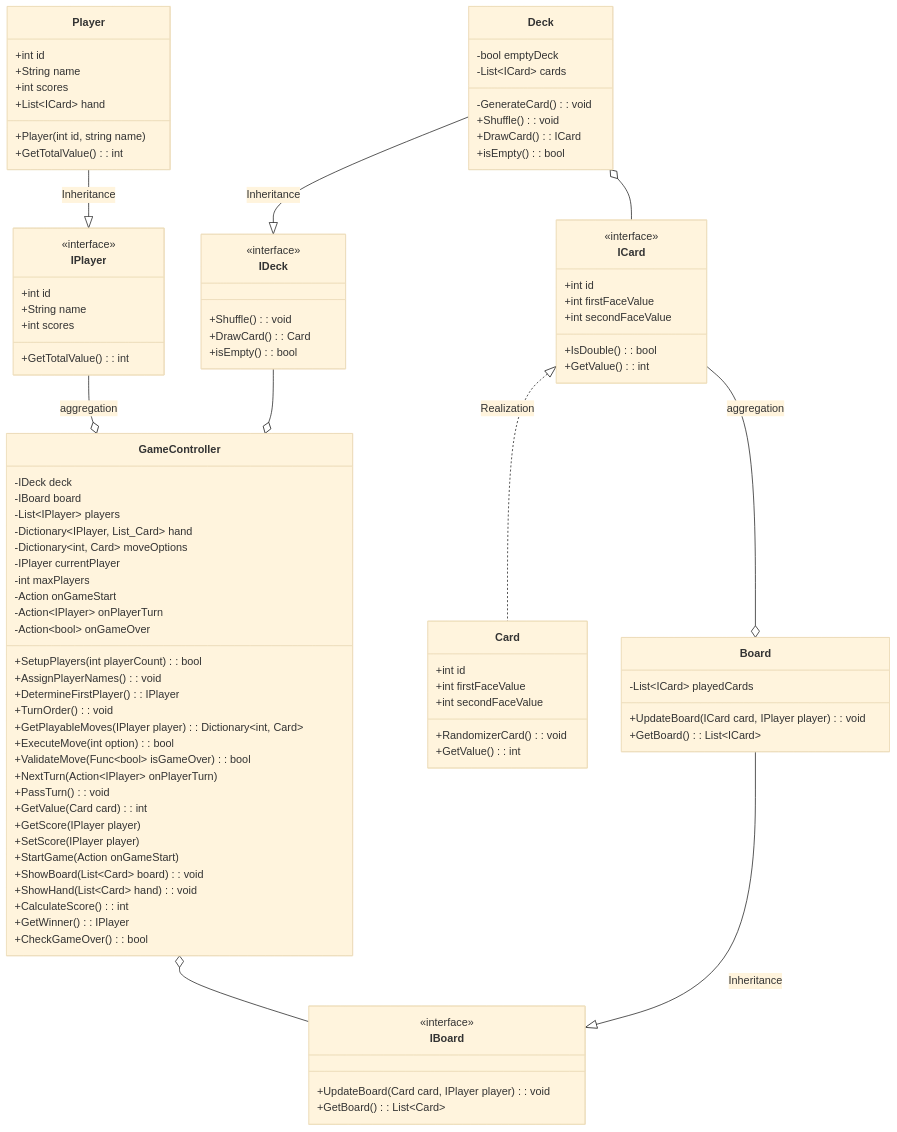
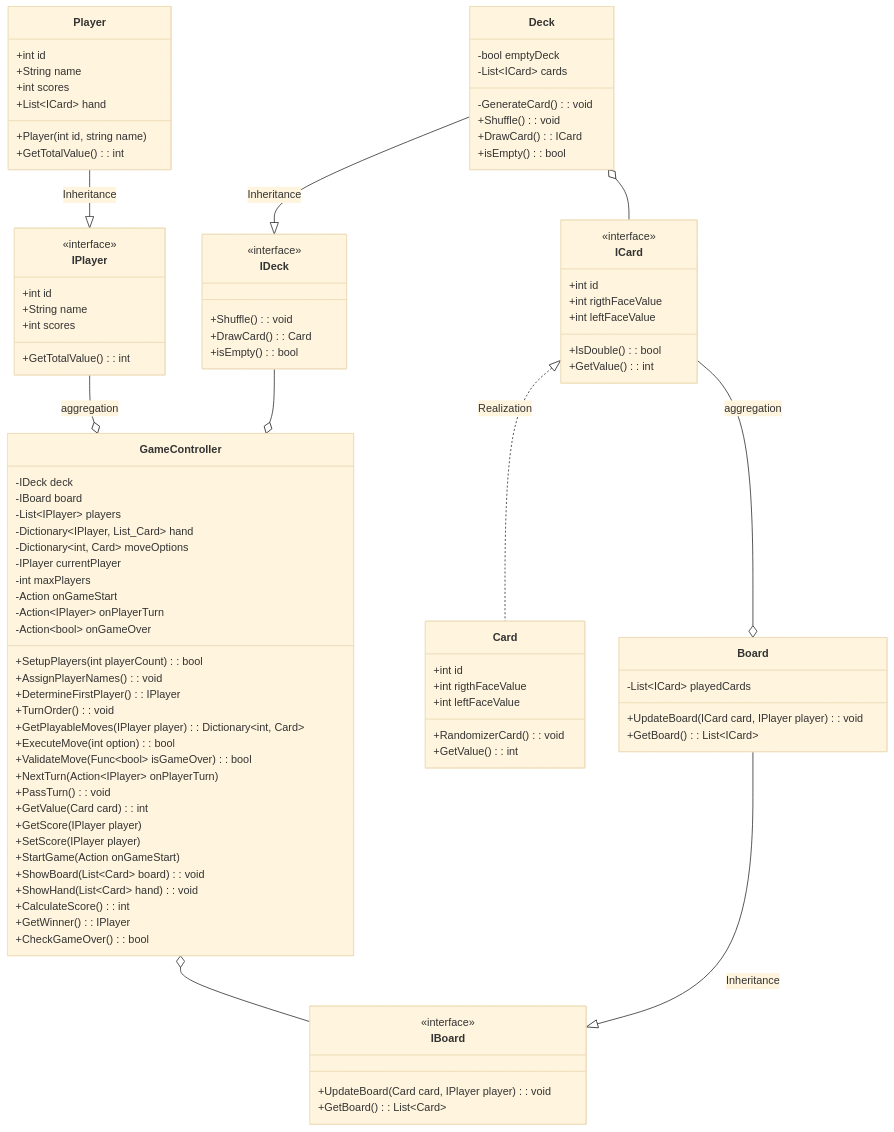
One commit to RavenFajar/bootCamp13 changed the diagram in Day6/DiagramClassProject/Domino.mmd. Above: the diagram before and after it, drawn with Mermaid (base theme).

```diff
--- a/Day6/DiagramClassProject/Domino.mmd
+++ b/Day6/DiagramClassProject/Domino.mmd
@@ -1,95 +1,95 @@
 classDiagram
 class IPlayer{
     <<interface>>
     +int id
     +String name
     +int scores
     +GetTotalValue() : int
 }
 class Player{
     +int id
     +String name
     +int scores
     +List~ICard~ hand
     +Player(int id, string name)
     +GetTotalValue() : int
 }
 class ICard{
     <<interface>>
     +int id
-    +int firstFaceValue
-    +int secondFaceValue 
+    +int rigthFaceValue
+    +int leftFaceValue 
     +IsDouble() : bool
     +GetValue() : int
 }
 class IDeck{
     <<interface>>
     +Shuffle() : void
     +DrawCard() : Card
     +isEmpty() : bool
 }
 class IBoard{
     <<interface>>
     +UpdateBoard(Card card, IPlayer player) : void
     +GetBoard() : List~Card~
    
 }
 class Deck{
     -bool emptyDeck
     -GenerateCard() : void
     -List~ICard~ cards
     +Shuffle() : void
     +DrawCard() : ICard
     +isEmpty() : bool
 }
 class Board{
     -List~ICard~ playedCards
     +UpdateBoard(ICard card, IPlayer player) : void
     +GetBoard() : List~ICard~
 }
 class Card{
     +int id
-    +int firstFaceValue
-    +int secondFaceValue   
+    +int rigthFaceValue
+    +int leftFaceValue   
     +RandomizerCard() : void
     +GetValue() : int
 }
 class GameController{
     -IDeck deck
     -IBoard board
     -List~IPlayer~ players
     -Dictionary~IPlayer, List_Card~ hand
     -Dictionary~int, Card~ moveOptions
     -IPlayer currentPlayer
     -int maxPlayers
     -Action onGameStart
     -Action~IPlayer~ onPlayerTurn
     -Action~bool~ onGameOver
     +SetupPlayers(int playerCount) : bool
     +AssignPlayerNames() : void
     +DetermineFirstPlayer() : IPlayer
     +TurnOrder() : void
     +GetPlayableMoves(IPlayer player) : Dictionary~int, Card~
     +ExecuteMove(int option) : bool
     +ValidateMove(Func~bool~ isGameOver) : bool
     +NextTurn(Action~IPlayer~ onPlayerTurn)
     +PassTurn() : void
     +GetValue(Card card) : int
     +GetScore(IPlayer player)
     +SetScore(IPlayer player)
     +StartGame(Action onGameStart)
     +ShowBoard(List~Card~ board) : void
     +ShowHand(List~Card~ hand) : void
     +CalculateScore() : int
     +GetWinner() : IPlayer
     +CheckGameOver() : bool
 }
 IPlayer --o GameController : aggregation
 IDeck --o GameController
 GameController o-- IBoard
 Deck --|> IDeck : Inheritance
 Board --|> IBoard : Inheritance
 Player --|> IPlayer : Inheritance
 Deck o-- ICard
 ICard --o Board : aggregation
 ICard <|.. Card : Realization
```
